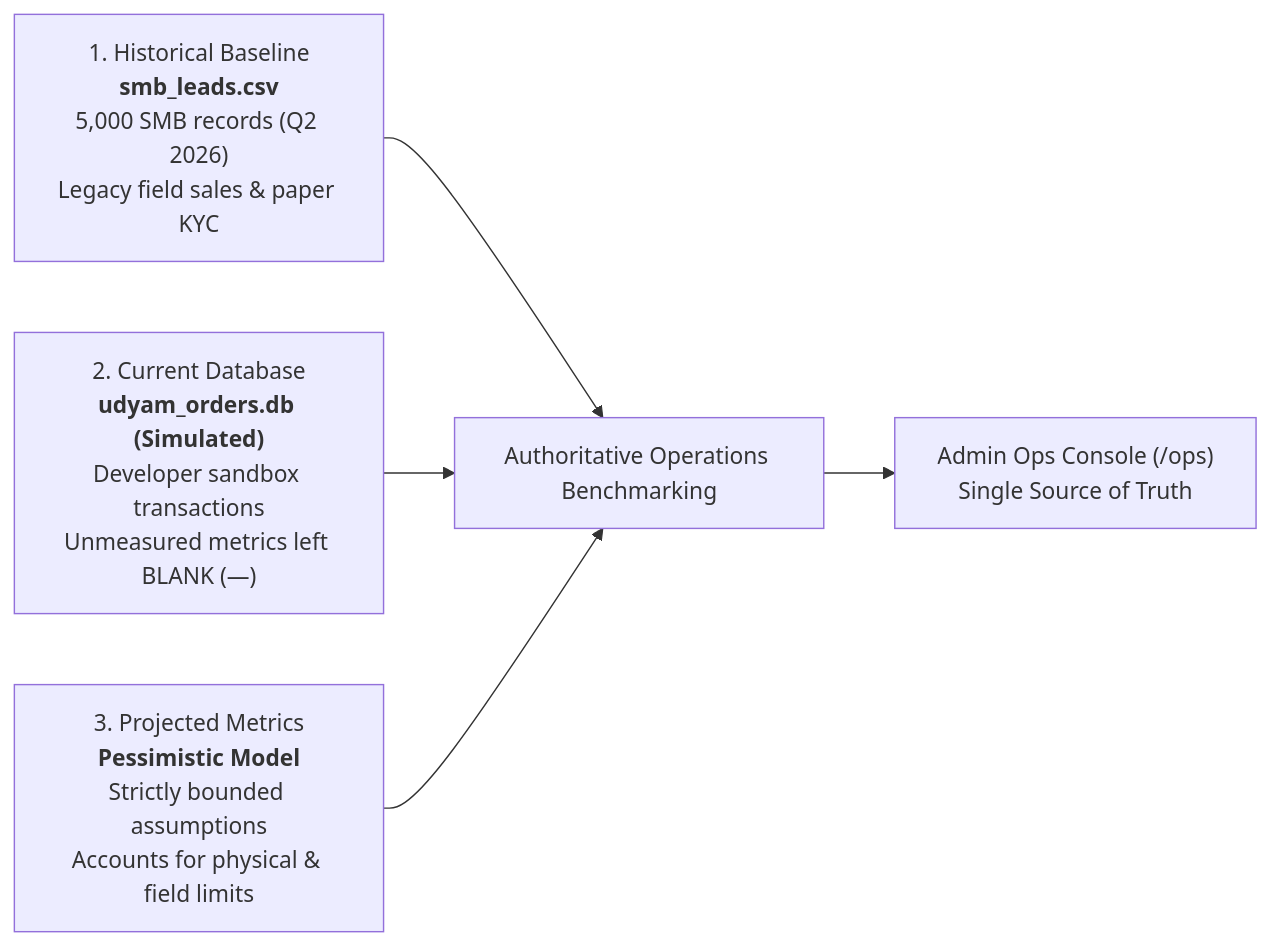
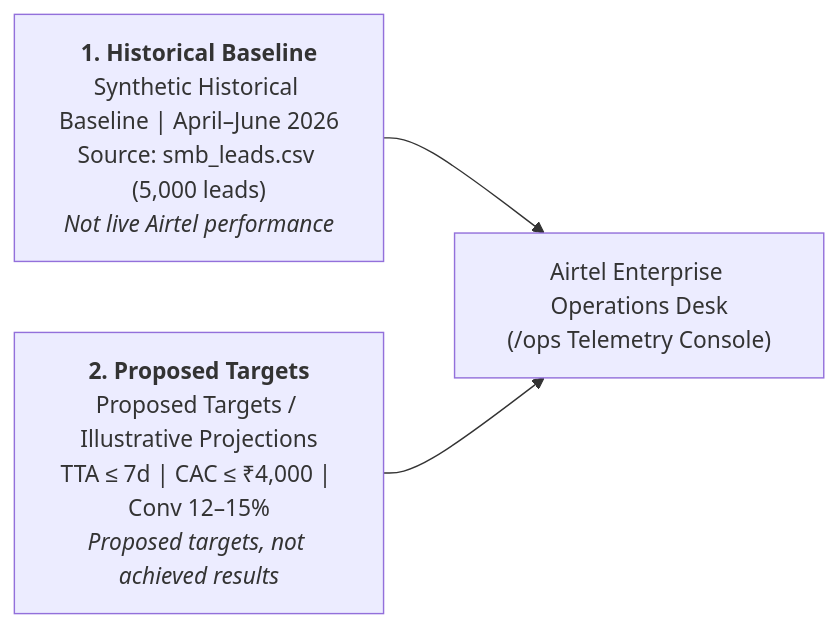
One commit to vipulMadan31/Airtel-Hackathon changed the diagram in docs/ADMIN_OPS_BENCHMARK_REPORT.md. Above: the diagram before and after it, drawn with Mermaid. The commit also changed other lines of this file and 4 other files, not shown here.

Commit message:
feat(ops): ground ops telemetry in synthetic historical baseline vs proposed targets and remove db values

````diff
--- a/docs/ADMIN_OPS_BENCHMARK_REPORT.md
+++ b/docs/ADMIN_OPS_BENCHMARK_REPORT.md
@@ -20,7 +20,5 @@
 ```mermaid
 flowchart LR
-    A["1. Historical Baseline<br/><b>smb_leads.csv</b><br/>5,000 SMB records (Q2 2026)<br/>Legacy field sales & paper KYC"] --> D["Authoritative Operations Benchmarking"]
-    B["2. Current Database<br/><b>udyam_orders.db (Simulated)</b><br/>Developer sandbox transactions<br/>Unmeasured metrics left BLANK (—)"] --> D
-    C["3. Projected Metrics<br/><b>Pessimistic Model</b><br/>Strictly bounded assumptions<br/>Accounts for physical & field limits"] --> D
-    D --> E["Admin Ops Console (/ops)<br/>Single Source of Truth"]
+    A["<b>1. Historical Baseline</b><br/>Synthetic Historical Baseline | April–June 2026<br/>Source: smb_leads.csv (5,000 leads)<br/><i>Not live Airtel performance</i>"] --> C["Airtel Enterprise Operations Desk<br/>(/ops Telemetry Console)"]
+    B["<b>2. Proposed Targets</b><br/>Proposed Targets / Illustrative Projections<br/>TTA ≤ 7d | CAC ≤ ₹4,000 | Conv 12–15%<br/><i>Proposed targets, not achieved results</i>"] --> C
 ```
````
